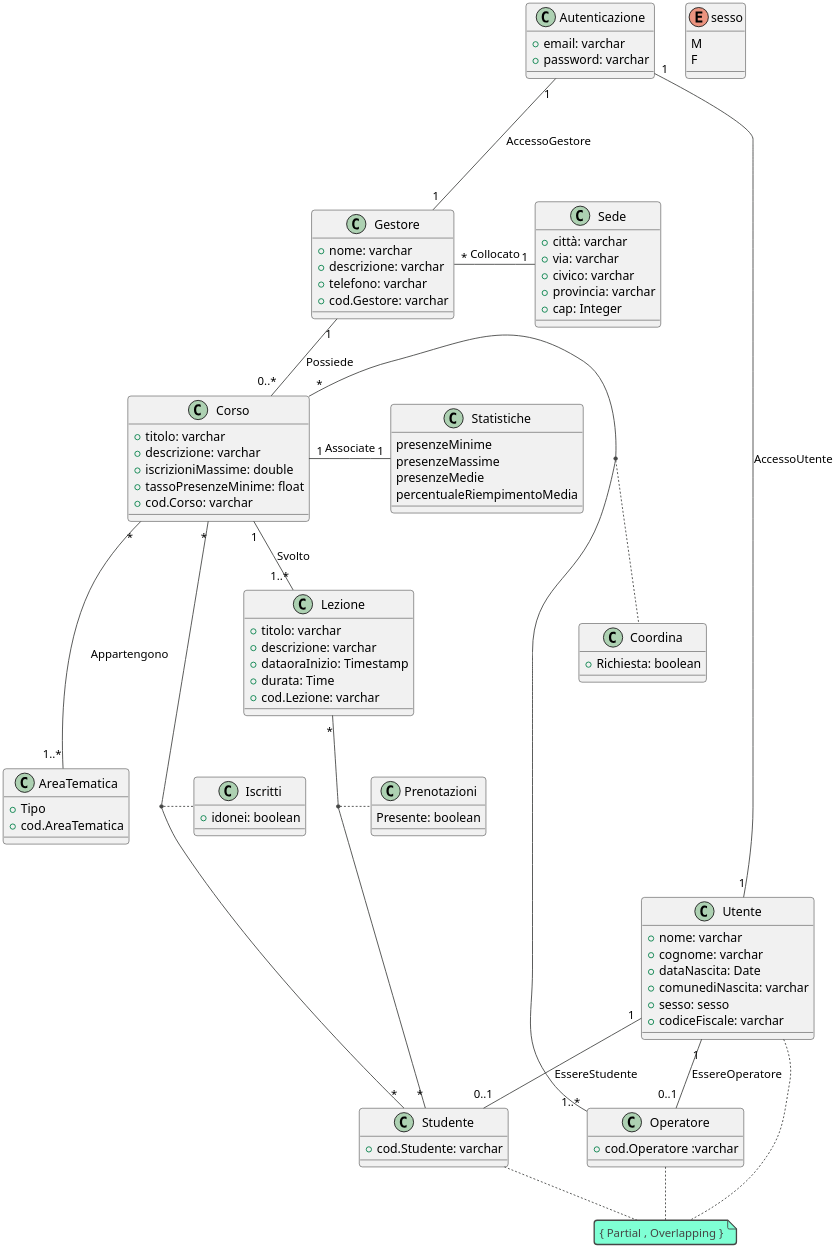
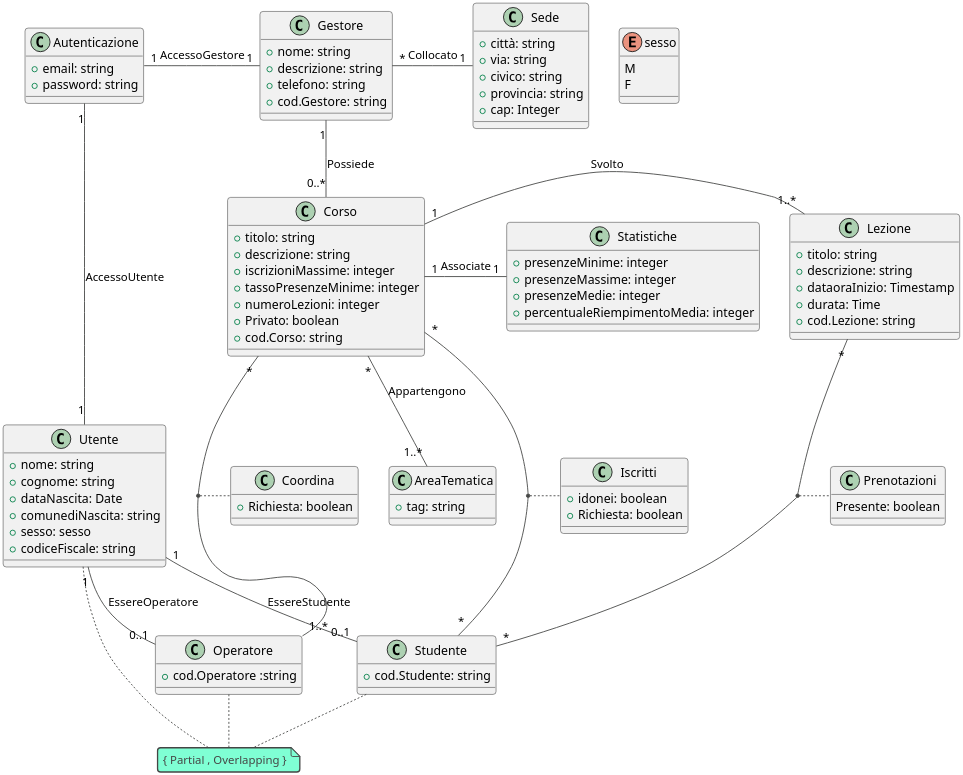
One commit to agostino-code/OO-BDI-Project changed the diagram in UML/UML Ristrutturato.puml. Above: the diagram before and after it, drawn with PlantUML. The commit also changed 215 other files, not shown here.

```diff
--- a/UML/UML Ristrutturato.puml
+++ b/UML/UML Ristrutturato.puml
@@ -1,93 +1,95 @@
 @startuml
 skinparam dpi 300
 'https://plantuml.com/class-diagram
 !theme vibrant
 class Autenticazione {
-  +email: varchar
-  +password: varchar
+  +email: string
+  +password: string
 }
 Autenticazione "1" --- "1" Utente:AccessoUtente
-Autenticazione "1" --- "1" Gestore:AccessoGestore
+Autenticazione "1" - "1" Gestore:AccessoGestore
 class Utente{
-  +nome: varchar
-  +cognome: varchar
+  +nome: string
+  +cognome: string
   +dataNascita: Date
-  +comunediNascita: varchar
+  +comunediNascita: string
   +sesso: sesso
-  +codiceFiscale: varchar
+  +codiceFiscale: string
 }
 note "{ Partial , Overlapping }" as N1
 Utente ... N1
 Operatore .. N1
 Studente .. N1
 class Sede {
-  +città: varchar
-  +via: varchar
-  +civico: varchar
-  +provincia: varchar
+  +città: string
+  +via: string
+  +civico: string
+  +provincia: string
   +cap: Integer
 }
 class Gestore {
-  +nome: varchar
-  +descrizione: varchar
-  +telefono: varchar
-  +cod.Gestore: varchar
+  +nome: string
+  +descrizione: string
+  +telefono: string
+  +cod.Gestore: string
 }
 Gestore "*" - "1" Sede:Collocato
 class Operatore{
-  +cod.Operatore :varchar
+  +cod.Operatore :string
 }
 class Studente{
-  +cod.Studente: varchar
+  +cod.Studente: string
 }
 enum sesso{
 M
 F
 }
 Utente "1" -- "0..1" Operatore:EssereOperatore
 Utente "1" -- "0..1" Studente:EssereStudente
 Gestore "1" -- "0..*" Corso:Possiede
-Corso "*" --- "*" Studente
-Corso "*" - "1..*" Operatore
+Corso "*" -- "*" Studente
+Corso "*" -- "1..*" Operatore
 (Corso,Operatore)..Coordina
 class Coordina{
   +Richiesta: boolean
 }
 
 class Corso{
-  +titolo: varchar
-  +descrizione: varchar
-  +iscrizioniMassime: double
-  +tassoPresenzeMinime: float
-  +cod.Corso: varchar
+  +titolo: string
+  +descrizione: string
+  +iscrizioniMassime: integer
+  +tassoPresenzeMinime: integer
+  +numeroLezioni: integer
+  +Privato: boolean
+  +cod.Corso: string
 }
 class AreaTematica{
-  +Tipo
-  +cod.AreaTematica
+  +tag: string
 }
-Corso "*" --- "1..*" AreaTematica:Appartengono
+Corso "*" -- "1..*" AreaTematica:Appartengono
 class Lezione{
-  +titolo: varchar
-  +descrizione: varchar
+  +titolo: string
+  +descrizione: string
   +dataoraInizio: Timestamp
   +durata: Time
-  +cod.Lezione: varchar
+  +cod.Lezione: string
 }
-Corso "1" -- "1..*" Lezione:Svolto
+Corso "1" - "1..*" Lezione:Svolto
 (Corso, Studente) .. Iscritti
 Lezione "*" -- "*" Studente
 (Lezione,Studente)..Prenotazioni
 class Prenotazioni{
 Presente: boolean
 }
 class Iscritti{
 +idonei: boolean
++Richiesta: boolean
 }
 class Statistiche{
-  presenzeMinime
-  presenzeMassime
-  presenzeMedie
-  percentualeRiempimentoMedia
+  +presenzeMinime: integer
+  +presenzeMassime: integer
+  +presenzeMedie: integer
+  +percentualeRiempimentoMedia: integer
 }
 Corso "1" - "1" Statistiche:Associate
 @enduml
```
